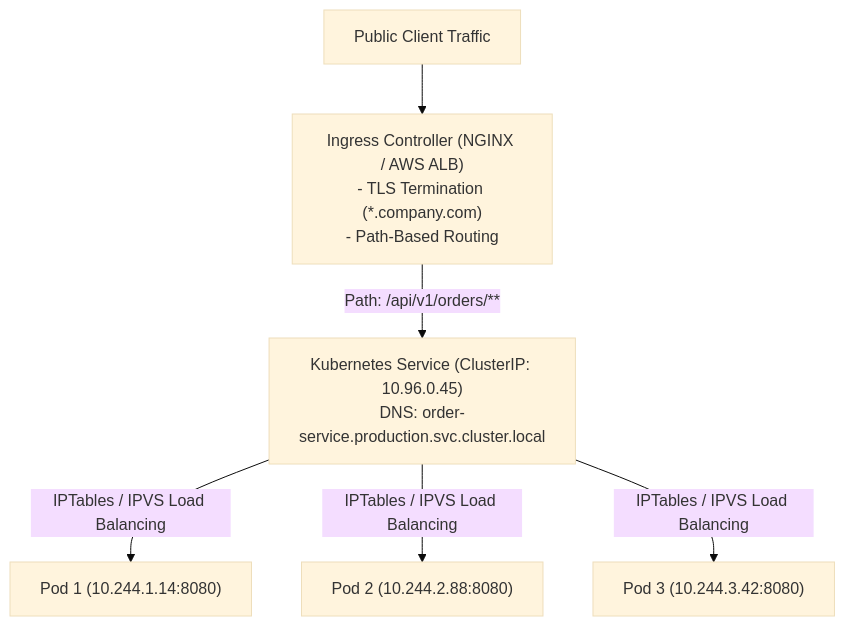
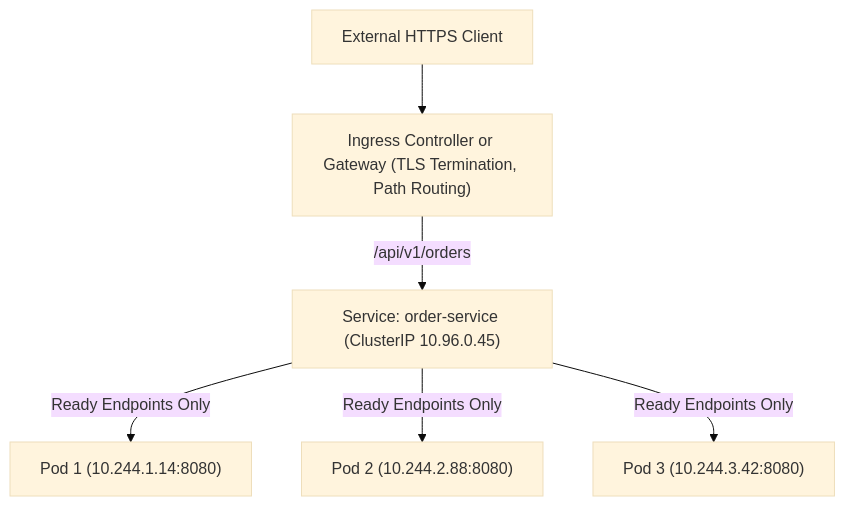
Before and after one commit to ravishankar2463/java_hub: the second of 3 diagrams in content/roadmap/level-12/kubernetes-k8s-for-java-devs.md, drawn with Mermaid (base theme). The commit also changed other lines of this file and 119 other files, not shown here.

Commit message:
feat: add comprehensive java learning roadmap content across multiple levels

````diff
--- a/content/roadmap/level-12/kubernetes-k8s-for-java-devs.md
+++ b/content/roadmap/level-12/kubernetes-k8s-for-java-devs.md
@@ -116,13 +104,8 @@
 ```mermaid
 flowchart TD
-    Internet["Public Client Traffic"] --> IngressController["Ingress Controller (NGINX / AWS ALB)
-- TLS Termination (*.company.com)
-- Path-Based Routing"]
-
-    IngressController -->|Path: /api/v1/orders/**| K8sService["Kubernetes Service (ClusterIP: 10.96.0.45)
-DNS: order-service.production.svc.cluster.local"]
-
-    K8sService -->|IPTables / IPVS Load Balancing| P1["Pod 1 (10.244.1.14:8080)"]
-    K8sService -->|IPTables / IPVS Load Balancing| P2["Pod 2 (10.244.2.88:8080)"]
-    K8sService -->|IPTables / IPVS Load Balancing| P3["Pod 3 (10.244.3.42:8080)"]
+    Client["External HTTPS Client"] --> Router["Ingress Controller or Gateway (TLS Termination, Path Routing)"]
+    Router -->|"/api/v1/orders"| Svc["Service: order-service (ClusterIP 10.96.0.45)"]
+    Svc -->|"Ready Endpoints Only"| P1["Pod 1 (10.244.1.14:8080)"]
+    Svc -->|"Ready Endpoints Only"| P2["Pod 2 (10.244.2.88:8080)"]
+    Svc -->|"Ready Endpoints Only"| P3["Pod 3 (10.244.3.42:8080)"]
 ```
````
